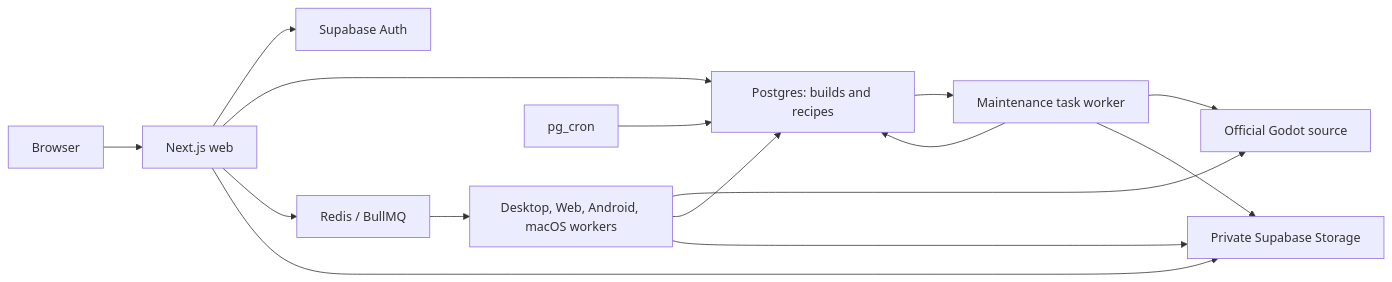
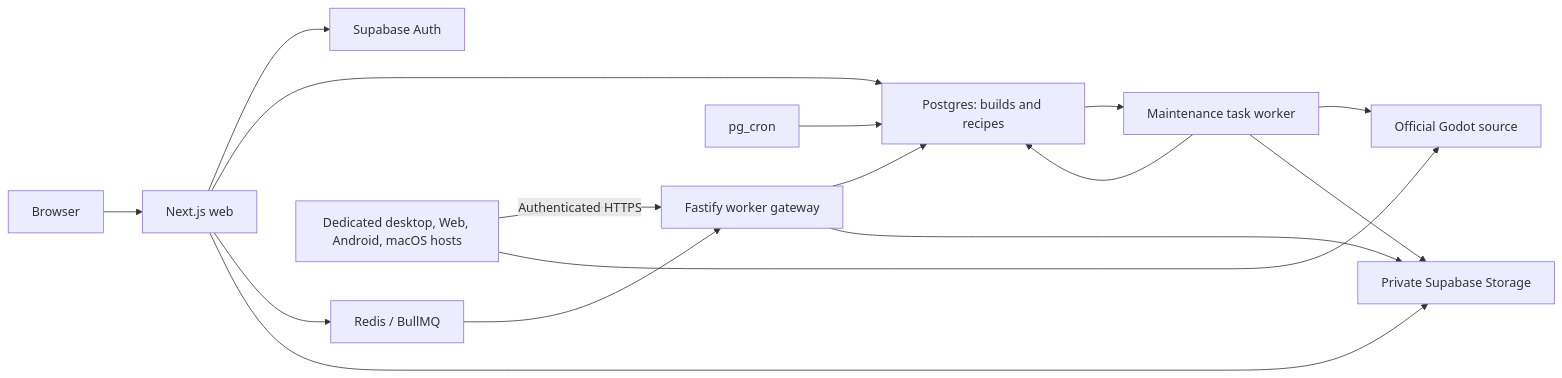
Before and after one commit to sxmxc/mingd: the diagram in docs/architecture.md, drawn with Mermaid. The commit also changed other lines of this file and 71 other files, not shown here.

````diff
--- a/docs/architecture.md
+++ b/docs/architecture.md
@@ -11,17 +11,18 @@
 ```mermaid
 flowchart LR
   Browser --> Web[Next.js web]
   Web --> Auth[Supabase Auth]
   Web --> DB[Postgres: builds and recipes]
   Web --> Redis[Redis / BullMQ]
-  Redis --> Workers[Desktop, Web, Android, macOS workers]
+  Redis --> Gateway[Fastify worker gateway]
+  Workers[Dedicated desktop, Web, Android, macOS hosts] -->|Authenticated HTTPS| Gateway
+  Gateway --> DB
   Workers --> Official[Official Godot source]
-  Workers --> DB
-  Workers --> Storage[Private Supabase Storage]
+  Gateway --> Storage[Private Supabase Storage]
   Web --> Storage
   Cron[pg_cron] --> DB
   DB --> Maintenance[Maintenance task worker]
   Maintenance --> Official
   Maintenance --> DB
   Maintenance --> Storage
 ```
````
